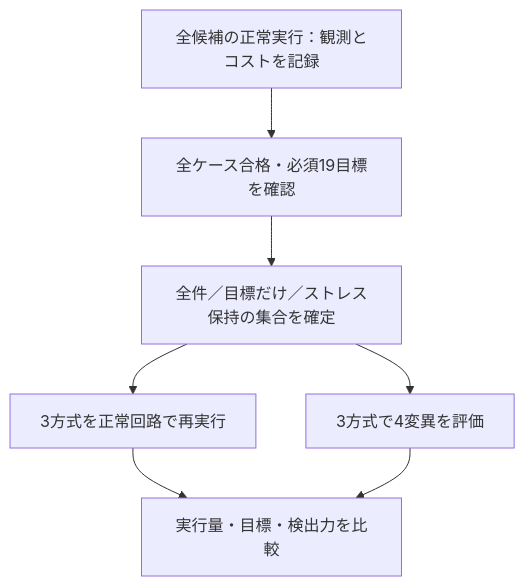
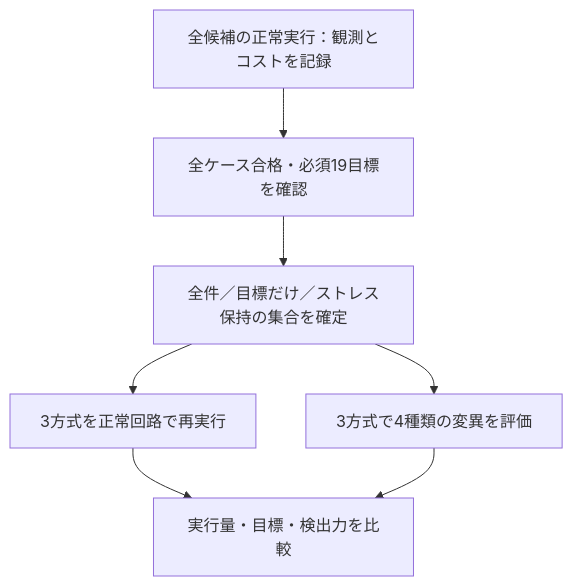
Before and after one commit to kurochan001/lsi-verification-method: the diagram in examples/gitlab-reduction/README.md, drawn with Mermaid. The commit also changed other lines of this file and 91 other files, not shown here.

````diff
--- a/examples/gitlab-reduction/README.md
+++ b/examples/gitlab-reduction/README.md
@@ -25,9 +25,9 @@
 ```mermaid
 flowchart TD
   L["全候補の正常実行：観測とコストを記録"] --> G["全ケース合格・必須19目標を確認"]
   G --> S["全件／目標だけ／ストレス保持の集合を確定"]
   S --> N["3方式を正常回路で再実行"]
-  S --> M["3方式で4変異を評価"]
+  S --> M["3方式で4種類の変異を評価"]
   N --> C["実行量・目標・検出力を比較"]
   M --> C
 ```
````
